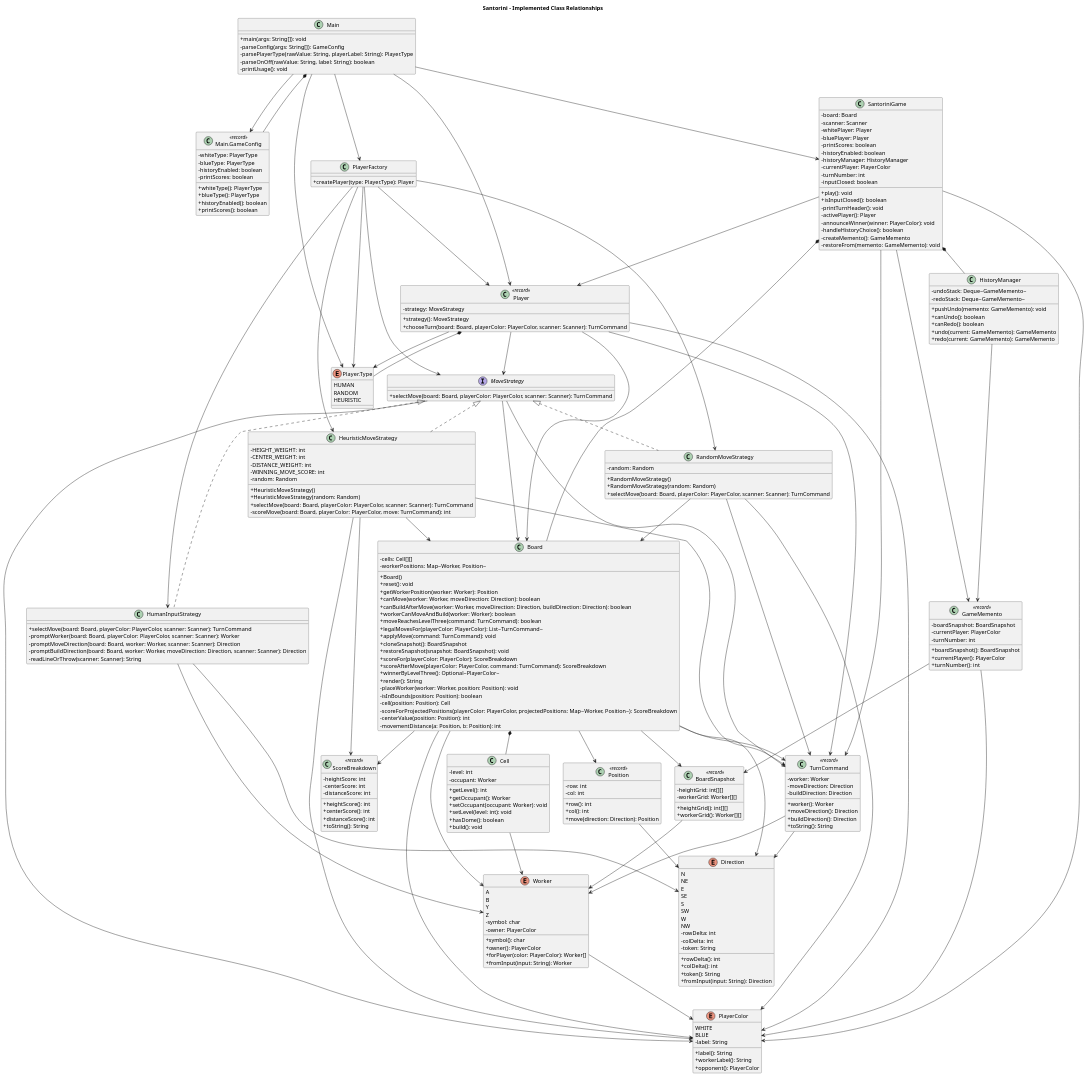
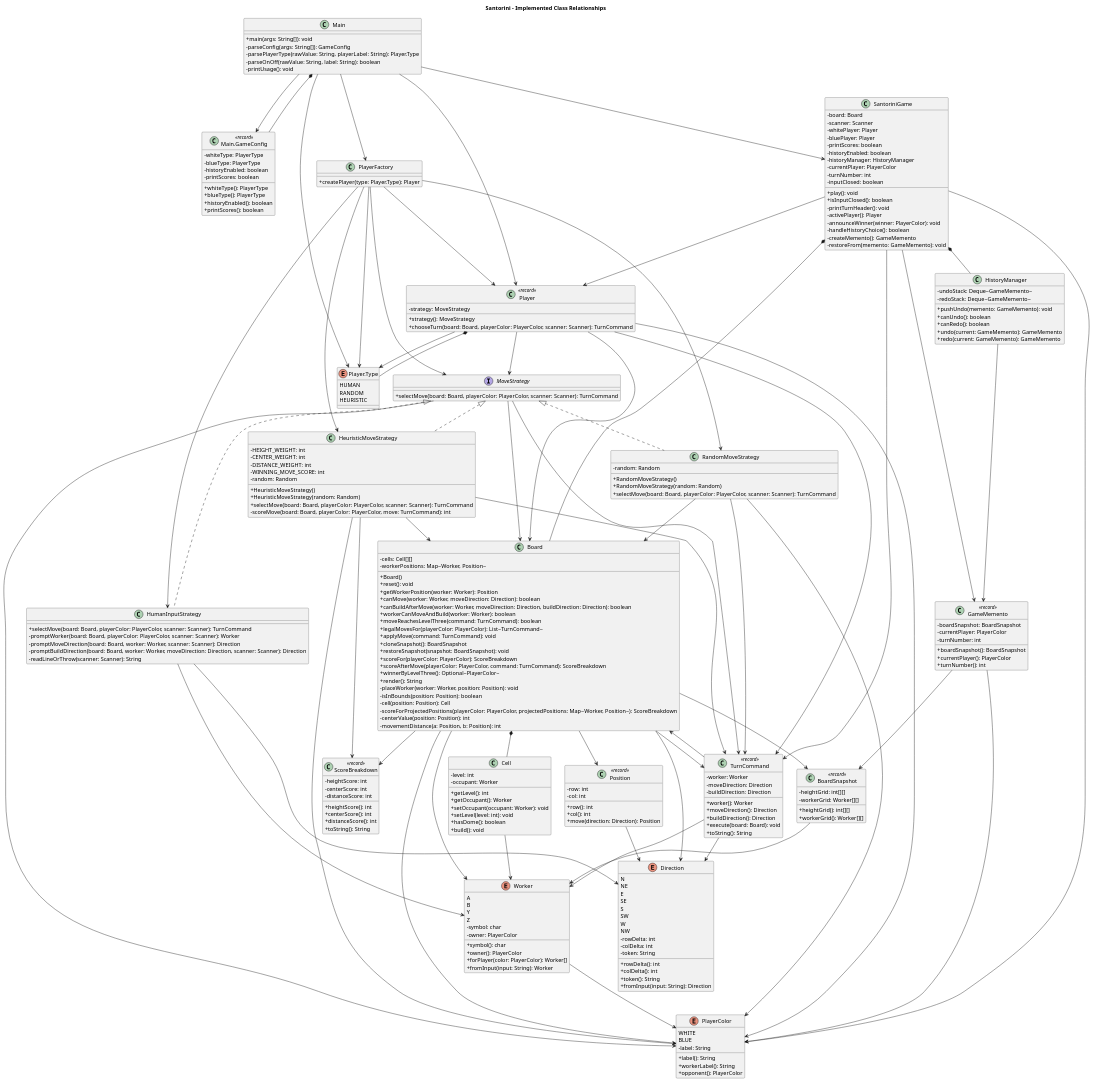
One commit to derekgao2/santorini changed the diagram in docs/santorini-architecture.puml. Above: the diagram before and after it, drawn with PlantUML. The commit also changed 2 other files, not shown here.

```diff
--- a/docs/santorini-architecture.puml
+++ b/docs/santorini-architecture.puml
@@ -185,6 +185,7 @@
   +worker(): Worker
   +moveDirection(): Direction
   +buildDirection(): Direction
+  +execute(board: Board): void
   +toString(): String
 }
 
@@ -276,6 +277,7 @@
 Position --> Direction
 TurnCommand --> Worker
 TurnCommand --> Direction
+TurnCommand --> Board
 BoardSnapshot --> Worker
 GameMemento --> BoardSnapshot
 GameMemento --> PlayerColor
```
